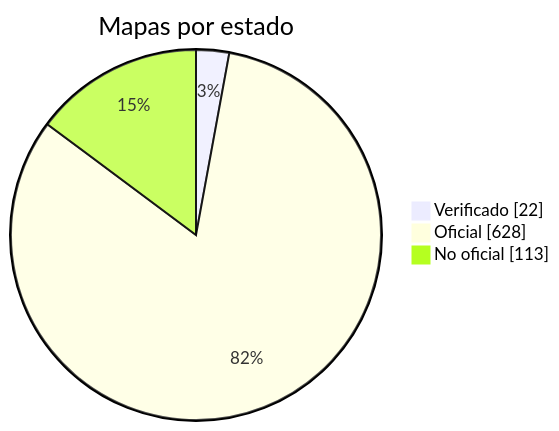
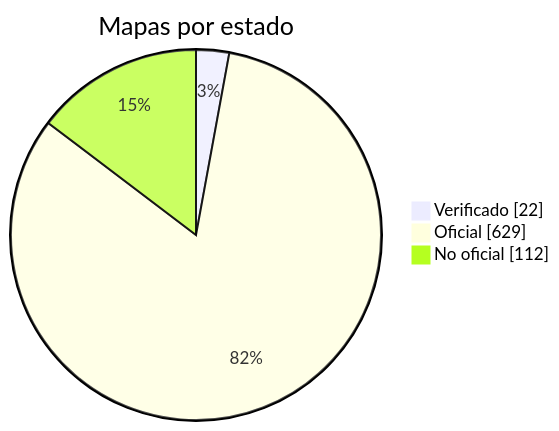
Before and after one commit to nobrega8/mbmap-library: the diagram in docs/readme/README_ES.md, drawn with Mermaid. The commit also changed 6 other files, not shown here.

````diff
--- a/docs/readme/README_ES.md
+++ b/docs/readme/README_ES.md
@@ -54,7 +54,7 @@
 ```mermaid
 pie showData
     title Mapas por estado
     "Verificado" : 22
-    "Oficial" : 628
-    "No oficial" : 113
+    "Oficial" : 629
+    "No oficial" : 112
 ```
````
